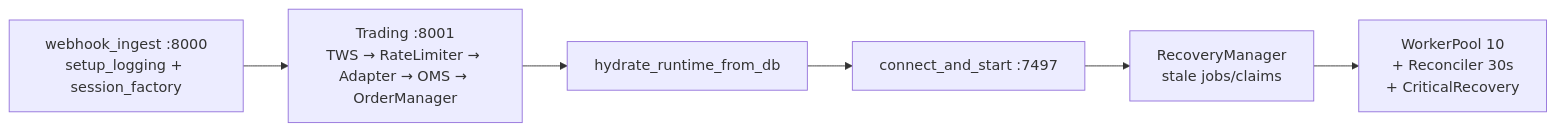
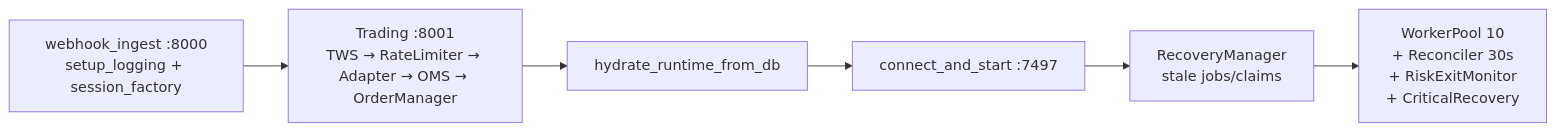
The diagram in docs/backend-map.md (sahilsinghs15/ibkr-paper-trading-system), drawn with Mermaid before and after one commit. The commit also changed other lines of this file and 43 other files, not shown here.

````diff
--- a/docs/backend-map.md
+++ b/docs/backend-map.md
@@ -77,8 +77,8 @@
 ```mermaid
 flowchart LR
     A[webhook_ingest :8000<br/>setup_logging + session_factory] --> B[Trading :8001<br/>TWS → RateLimiter → Adapter → OMS → OrderManager]
     B --> C[hydrate_runtime_from_db]
     C --> D[connect_and_start :7497]
     D --> E[RecoveryManager<br/>stale jobs/claims]
-    E --> F[WorkerPool 10<br/>+ Reconciler 30s<br/>+ CriticalRecovery]
+    E --> F[WorkerPool 10<br/>+ Reconciler 30s<br/>+ RiskExitMonitor<br/>+ CriticalRecovery]
 ```
````
